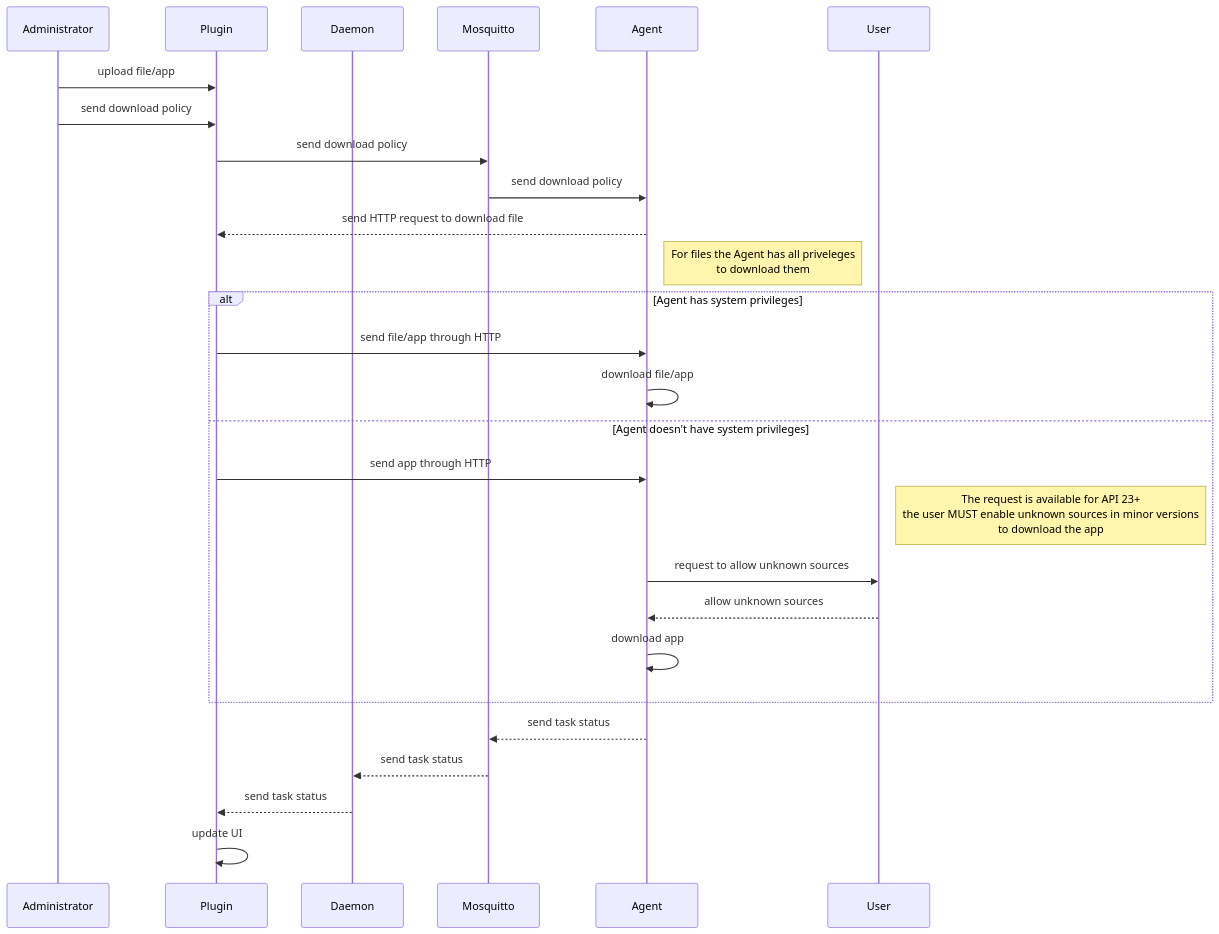
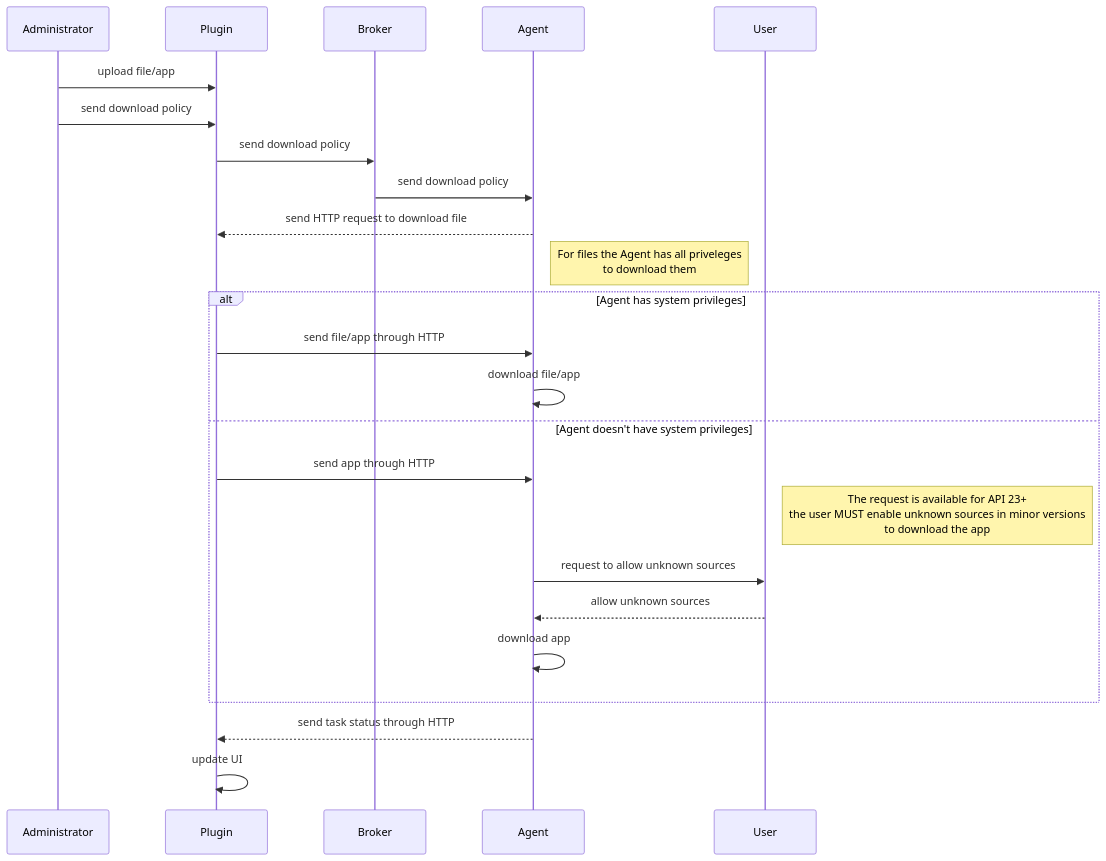
Before and after one commit to flyve-mdm/doc: the seventh of 14 diagrams in source/contribute/diagrams.rst, drawn with Mermaid. The commit also changed other lines of this file, not shown here.

First line of the commit message:
docs(uml): add fcm diagrams

```diff
--- a/source/contribute/diagrams.rst
+++ b/source/contribute/diagrams.rst
@@ -93,29 +149,26 @@
 .. mermaid::
 
    sequenceDiagram
     participant A as Administrator
     participant P as Plugin
-    participant D as Daemon
-    participant M as Mosquitto
+    participant B as Broker
     participant Ag as Agent
     participant U as User
     A->>P: upload file/app
     A->>P: send download policy
-    P->>M: send download policy
-    M->>Ag: send download policy
+    P->>B: send download policy
+    B->>Ag: send download policy
     Ag-->>P: send HTTP request to download file
     Note right of Ag: For files the Agent has all priveleges <br/> to download them
     alt Agent has system privileges
         P->>Ag: send file/app through HTTP
         Ag->>Ag: download file/app
     else Agent doesn't have system privileges
         P->>Ag: send app through HTTP
         Note right of U: The request is available for API 23+ <br/> the user MUST enable unknown sources in minor versions <br/> to download the app 
         Ag->>U: request to allow unknown sources
         U-->>Ag: allow unknown sources
         Ag->>Ag: download app
     end
-    Ag-->>M: send task status
-    M-->>D: send task status
-    D-->>P: send task status
+    Ag-->>P: send task status through HTTP
     P->>P: update UI
```
